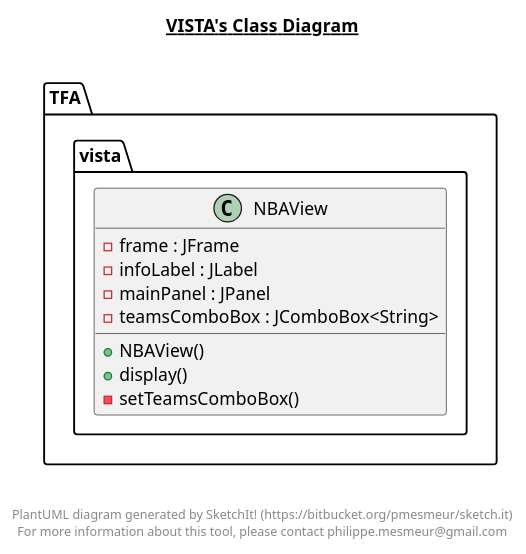
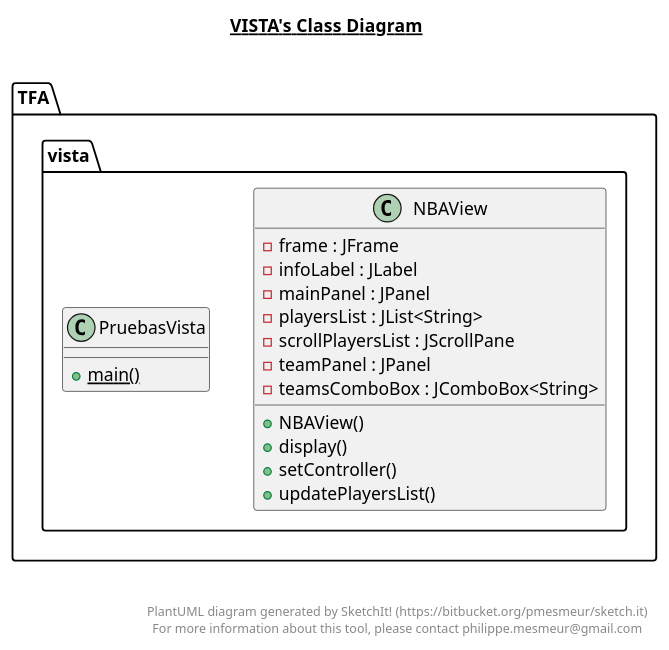
One commit to Diegodmbot/ULL-DAP-TrabajoFinalNBA changed the diagram in src/TFA/vista/vista.plantuml. Above: the diagram before and after it, drawn with PlantUML. The commit also changed 12 other files, not shown here.

```diff
--- a/src/TFA/vista/vista.plantuml
+++ b/src/TFA/vista/vista.plantuml
@@ -1,29 +1,42 @@
 @startuml
 
 title __VISTA's Class Diagram__\n
 
   namespace TFA {
     namespace vista {
       class TFA.vista.NBAView {
           - frame : JFrame
           - infoLabel : JLabel
           - mainPanel : JPanel
+          - playersList : JList<String>
+          - scrollPlayersList : JScrollPane
+          - teamPanel : JPanel
           - teamsComboBox : JComboBox<String>
           + NBAView()
           + display()
-          - setTeamsComboBox()
+          + setController()
+          + updatePlayersList()
+      }
+    }
+  }
+  
+
+  namespace TFA {
+    namespace vista {
+      class TFA.vista.PruebasVista {
+          {static} + main()
       }
     }
   }
   
 
 
 
 right footer
 
 
 PlantUML diagram generated by SketchIt! (https://bitbucket.org/pmesmeur/sketch.it)
 For more information about this tool, please contact philippe.mesmeur@gmail.com
 endfooter
 
 @enduml
```
